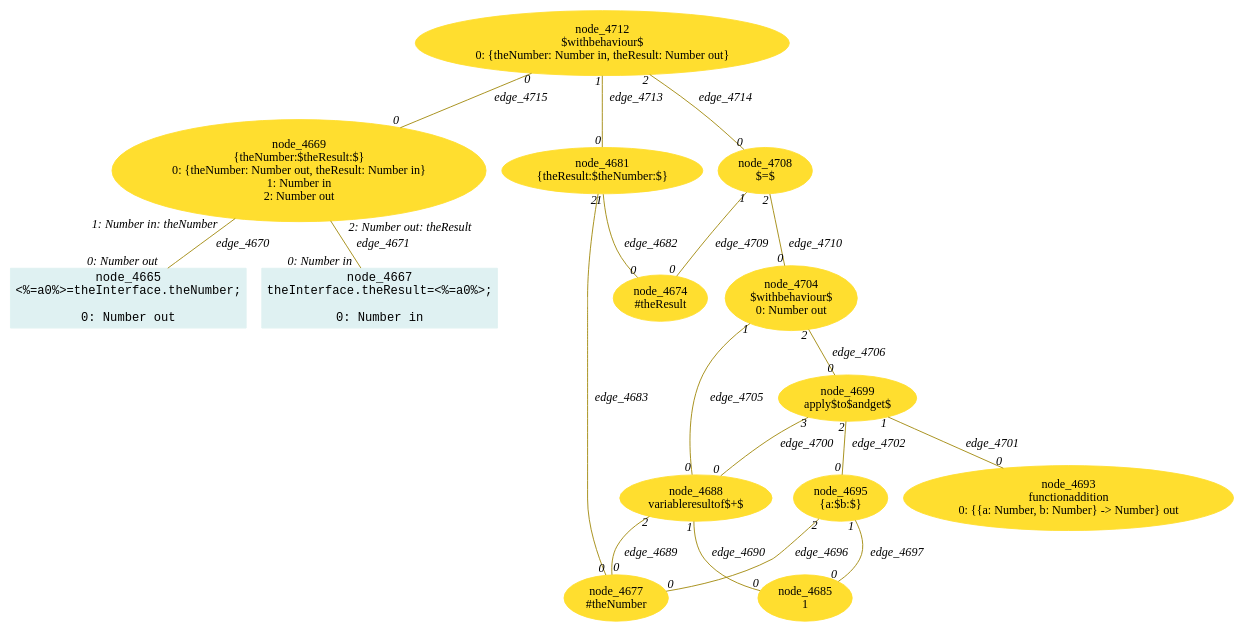
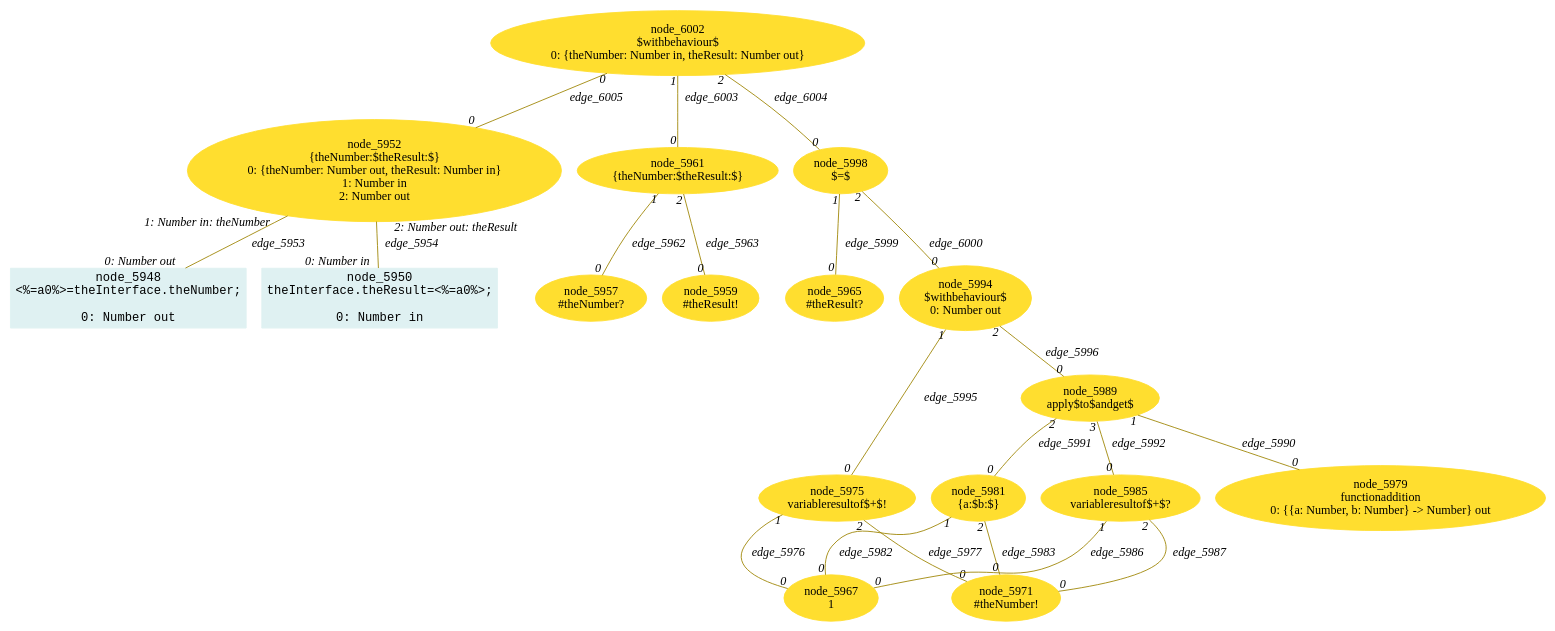
Before and after one commit to crubier/lidl: the diagram in lidl-core/example/ok/realAffectationExpression/dot/13referentialTransparencyInstances1.dot, drawn with Graphviz. The commit also changed 2396 other files, not shown here.

Commit message:
ok but make flow does not work

```diff
--- a/lidl-core/example/ok/realAffectationExpression/dot/13referentialTransparencyInstances1.dot
+++ b/lidl-core/example/ok/realAffectationExpression/dot/13referentialTransparencyInstances1.dot
@@ -1,65 +1,76 @@
-digraph g{node_4665 [shape="box", style="filled", color="#dff1f2", fontname="Courier", label="node_4665
+digraph g{node_5948 [shape="box", style="filled", color="#dff1f2", fontname="Courier", label="node_5948
 <%=a0%>=theInterface.theNumber;
 
 0: Number out" ]
-node_4667 [shape="box", style="filled", color="#dff1f2", fontname="Courier", label="node_4667
+node_5950 [shape="box", style="filled", color="#dff1f2", fontname="Courier", label="node_5950
 theInterface.theResult=<%=a0%>;
 
 0: Number in" ]
-node_4669 [shape="ellipse", style="filled", color="#ffde2f", fontname="Times", label="node_4669
+node_5952 [shape="ellipse", style="filled", color="#ffde2f", fontname="Times", label="node_5952
 {theNumber:$theResult:$}
 0: {theNumber: Number out, theResult: Number in}
 1: Number in
 2: Number out" ]
-node_4674 [shape="ellipse", style="filled", color="#ffde2f", fontname="Times", label="node_4674
-#theResult
+node_5957 [shape="ellipse", style="filled", color="#ffde2f", fontname="Times", label="node_5957
+#theNumber?
 " ]
-node_4677 [shape="ellipse", style="filled", color="#ffde2f", fontname="Times", label="node_4677
-#theNumber
+node_5959 [shape="ellipse", style="filled", color="#ffde2f", fontname="Times", label="node_5959
+#theResult!
 " ]
-node_4681 [shape="ellipse", style="filled", color="#ffde2f", fontname="Times", label="node_4681
-{theResult:$theNumber:$}
+node_5961 [shape="ellipse", style="filled", color="#ffde2f", fontname="Times", label="node_5961
+{theNumber:$theResult:$}
 " ]
-node_4685 [shape="ellipse", style="filled", color="#ffde2f", fontname="Times", label="node_4685
+node_5965 [shape="ellipse", style="filled", color="#ffde2f", fontname="Times", label="node_5965
+#theResult?
+" ]
+node_5967 [shape="ellipse", style="filled", color="#ffde2f", fontname="Times", label="node_5967
 1
 " ]
-node_4688 [shape="ellipse", style="filled", color="#ffde2f", fontname="Times", label="node_4688
-variableresultof$+$
+node_5971 [shape="ellipse", style="filled", color="#ffde2f", fontname="Times", label="node_5971
+#theNumber!
 " ]
-node_4693 [shape="ellipse", style="filled", color="#ffde2f", fontname="Times", label="node_4693
+node_5975 [shape="ellipse", style="filled", color="#ffde2f", fontname="Times", label="node_5975
+variableresultof$+$!
+" ]
+node_5979 [shape="ellipse", style="filled", color="#ffde2f", fontname="Times", label="node_5979
 functionaddition
 0: {{a: Number, b: Number} -> Number} out" ]
-node_4695 [shape="ellipse", style="filled", color="#ffde2f", fontname="Times", label="node_4695
+node_5981 [shape="ellipse", style="filled", color="#ffde2f", fontname="Times", label="node_5981
 {a:$b:$}
 " ]
-node_4699 [shape="ellipse", style="filled", color="#ffde2f", fontname="Times", label="node_4699
+node_5985 [shape="ellipse", style="filled", color="#ffde2f", fontname="Times", label="node_5985
+variableresultof$+$?
+" ]
+node_5989 [shape="ellipse", style="filled", color="#ffde2f", fontname="Times", label="node_5989
 apply$to$andget$
 " ]
-node_4704 [shape="ellipse", style="filled", color="#ffde2f", fontname="Times", label="node_4704
+node_5994 [shape="ellipse", style="filled", color="#ffde2f", fontname="Times", label="node_5994
 $withbehaviour$
 0: Number out" ]
-node_4708 [shape="ellipse", style="filled", color="#ffde2f", fontname="Times", label="node_4708
+node_5998 [shape="ellipse", style="filled", color="#ffde2f", fontname="Times", label="node_5998
 $=$
 " ]
-node_4712 [shape="ellipse", style="filled", color="#ffde2f", fontname="Times", label="node_4712
+node_6002 [shape="ellipse", style="filled", color="#ffde2f", fontname="Times", label="node_6002
 $withbehaviour$
 0: {theNumber: Number in, theResult: Number out}" ]
-node_4669 -> node_4665 [dir=none, arrowHead=none, fontname="Times-Italic", arrowsize=1, color="#9d8400", label="edge_4670",  headlabel="0: Number out", taillabel="1: Number in: theNumber" ]
-node_4669 -> node_4667 [dir=none, arrowHead=none, fontname="Times-Italic", arrowsize=1, color="#9d8400", label="edge_4671",  headlabel="0: Number in", taillabel="2: Number out: theResult" ]
-node_4681 -> node_4674 [dir=none, arrowHead=none, fontname="Times-Italic", arrowsize=1, color="#9d8400", label="edge_4682",  headlabel="0", taillabel="1" ]
-node_4681 -> node_4677 [dir=none, arrowHead=none, fontname="Times-Italic", arrowsize=1, color="#9d8400", label="edge_4683",  headlabel="0", taillabel="2" ]
-node_4688 -> node_4677 [dir=none, arrowHead=none, fontname="Times-Italic", arrowsize=1, color="#9d8400", label="edge_4689",  headlabel="0", taillabel="2" ]
-node_4688 -> node_4685 [dir=none, arrowHead=none, fontname="Times-Italic", arrowsize=1, color="#9d8400", label="edge_4690",  headlabel="0", taillabel="1" ]
-node_4695 -> node_4677 [dir=none, arrowHead=none, fontname="Times-Italic", arrowsize=1, color="#9d8400", label="edge_4696",  headlabel="0", taillabel="2" ]
-node_4695 -> node_4685 [dir=none, arrowHead=none, fontname="Times-Italic", arrowsize=1, color="#9d8400", label="edge_4697",  headlabel="0", taillabel="1" ]
-node_4699 -> node_4688 [dir=none, arrowHead=none, fontname="Times-Italic", arrowsize=1, color="#9d8400", label="edge_4700",  headlabel="0", taillabel="3" ]
-node_4699 -> node_4693 [dir=none, arrowHead=none, fontname="Times-Italic", arrowsize=1, color="#9d8400", label="edge_4701",  headlabel="0", taillabel="1" ]
-node_4699 -> node_4695 [dir=none, arrowHead=none, fontname="Times-Italic", arrowsize=1, color="#9d8400", label="edge_4702",  headlabel="0", taillabel="2" ]
-node_4704 -> node_4688 [dir=none, arrowHead=none, fontname="Times-Italic", arrowsize=1, color="#9d8400", label="edge_4705",  headlabel="0", taillabel="1" ]
-node_4704 -> node_4699 [dir=none, arrowHead=none, fontname="Times-Italic", arrowsize=1, color="#9d8400", label="edge_4706",  headlabel="0", taillabel="2" ]
-node_4708 -> node_4674 [dir=none, arrowHead=none, fontname="Times-Italic", arrowsize=1, color="#9d8400", label="edge_4709",  headlabel="0", taillabel="1" ]
-node_4708 -> node_4704 [dir=none, arrowHead=none, fontname="Times-Italic", arrowsize=1, color="#9d8400", label="edge_4710",  headlabel="0", taillabel="2" ]
-node_4712 -> node_4681 [dir=none, arrowHead=none, fontname="Times-Italic", arrowsize=1, color="#9d8400", label="edge_4713",  headlabel="0", taillabel="1" ]
-node_4712 -> node_4708 [dir=none, arrowHead=none, fontname="Times-Italic", arrowsize=1, color="#9d8400", label="edge_4714",  headlabel="0", taillabel="2" ]
-node_4712 -> node_4669 [dir=none, arrowHead=none, fontname="Times-Italic", arrowsize=1, color="#9d8400", label="edge_4715",  headlabel="0", taillabel="0" ]
+node_5952 -> node_5948 [dir=none, arrowHead=none, fontname="Times-Italic", arrowsize=1, color="#9d8400", label="edge_5953",  headlabel="0: Number out", taillabel="1: Number in: theNumber" ]
+node_5952 -> node_5950 [dir=none, arrowHead=none, fontname="Times-Italic", arrowsize=1, color="#9d8400", label="edge_5954",  headlabel="0: Number in", taillabel="2: Number out: theResult" ]
+node_5961 -> node_5957 [dir=none, arrowHead=none, fontname="Times-Italic", arrowsize=1, color="#9d8400", label="edge_5962",  headlabel="0", taillabel="1" ]
+node_5961 -> node_5959 [dir=none, arrowHead=none, fontname="Times-Italic", arrowsize=1, color="#9d8400", label="edge_5963",  headlabel="0", taillabel="2" ]
+node_5975 -> node_5967 [dir=none, arrowHead=none, fontname="Times-Italic", arrowsize=1, color="#9d8400", label="edge_5976",  headlabel="0", taillabel="1" ]
+node_5975 -> node_5971 [dir=none, arrowHead=none, fontname="Times-Italic", arrowsize=1, color="#9d8400", label="edge_5977",  headlabel="0", taillabel="2" ]
+node_5981 -> node_5967 [dir=none, arrowHead=none, fontname="Times-Italic", arrowsize=1, color="#9d8400", label="edge_5982",  headlabel="0", taillabel="1" ]
+node_5981 -> node_5971 [dir=none, arrowHead=none, fontname="Times-Italic", arrowsize=1, color="#9d8400", label="edge_5983",  headlabel="0", taillabel="2" ]
+node_5985 -> node_5967 [dir=none, arrowHead=none, fontname="Times-Italic", arrowsize=1, color="#9d8400", label="edge_5986",  headlabel="0", taillabel="1" ]
+node_5985 -> node_5971 [dir=none, arrowHead=none, fontname="Times-Italic", arrowsize=1, color="#9d8400", label="edge_5987",  headlabel="0", taillabel="2" ]
+node_5989 -> node_5979 [dir=none, arrowHead=none, fontname="Times-Italic", arrowsize=1, color="#9d8400", label="edge_5990",  headlabel="0", taillabel="1" ]
+node_5989 -> node_5981 [dir=none, arrowHead=none, fontname="Times-Italic", arrowsize=1, color="#9d8400", label="edge_5991",  headlabel="0", taillabel="2" ]
+node_5989 -> node_5985 [dir=none, arrowHead=none, fontname="Times-Italic", arrowsize=1, color="#9d8400", label="edge_5992",  headlabel="0", taillabel="3" ]
+node_5994 -> node_5975 [dir=none, arrowHead=none, fontname="Times-Italic", arrowsize=1, color="#9d8400", label="edge_5995",  headlabel="0", taillabel="1" ]
+node_5994 -> node_5989 [dir=none, arrowHead=none, fontname="Times-Italic", arrowsize=1, color="#9d8400", label="edge_5996",  headlabel="0", taillabel="2" ]
+node_5998 -> node_5965 [dir=none, arrowHead=none, fontname="Times-Italic", arrowsize=1, color="#9d8400", label="edge_5999",  headlabel="0", taillabel="1" ]
+node_5998 -> node_5994 [dir=none, arrowHead=none, fontname="Times-Italic", arrowsize=1, color="#9d8400", label="edge_6000",  headlabel="0", taillabel="2" ]
+node_6002 -> node_5961 [dir=none, arrowHead=none, fontname="Times-Italic", arrowsize=1, color="#9d8400", label="edge_6003",  headlabel="0", taillabel="1" ]
+node_6002 -> node_5998 [dir=none, arrowHead=none, fontname="Times-Italic", arrowsize=1, color="#9d8400", label="edge_6004",  headlabel="0", taillabel="2" ]
+node_6002 -> node_5952 [dir=none, arrowHead=none, fontname="Times-Italic", arrowsize=1, color="#9d8400", label="edge_6005",  headlabel="0", taillabel="0" ]
 }
```
